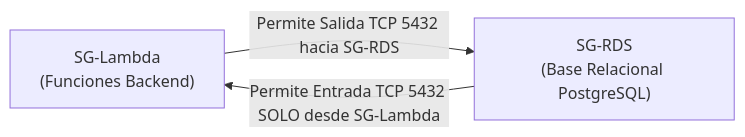
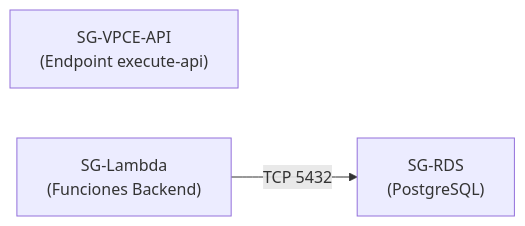
The second of 2 diagrams in infrastructure/README.md (Aburahamu20/Induplac), drawn with Mermaid before and after one commit. The commit also changed other lines of this file and 2 other files, not shown here.

````diff
--- a/infrastructure/README.md
+++ b/infrastructure/README.md
@@ -106,8 +120,8 @@
 ```mermaid
 flowchart LR
+    SG_VPCE["SG-VPCE-API<br/>(Endpoint execute-api)"]
     SG_Lambda["SG-Lambda<br/>(Funciones Backend)"]
-    SG_RDS["SG-RDS<br/>(Base Relacional PostgreSQL)"]
+    SG_RDS["SG-RDS<br/>(PostgreSQL)"]
 
-    SG_Lambda -->|Permite Salida TCP 5432 hacia SG-RDS| SG_RDS
-    SG_RDS -->|Permite Entrada TCP 5432 SOLO desde SG-Lambda| SG_Lambda
+    SG_Lambda -->|TCP 5432| SG_RDS
 ```
````
